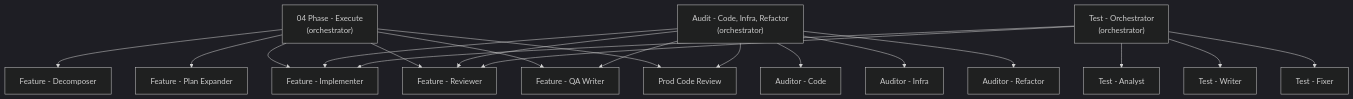
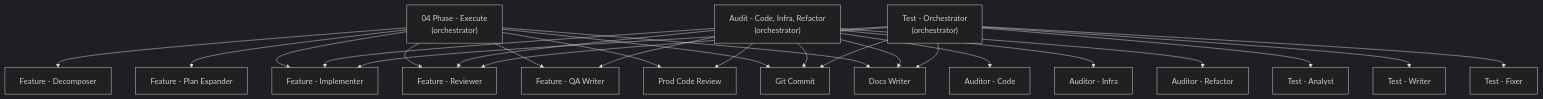
The third of 3 diagrams in docs/ARCHITECTURE.md (threnjen/thren-agentic-workflows), drawn with Mermaid (dark theme) before and after one commit. The commit also changed other lines of this file and 18 other files, not shown here.

````diff
--- a/docs/ARCHITECTURE.md
+++ b/docs/ARCHITECTURE.md
@@ -93,27 +95,36 @@
 ```mermaid
 flowchart TD
     PE["04 Phase - Execute\n(orchestrator)"]
     AO["Audit - Code, Infra, Refactor\n(orchestrator)"]
     TO["Test - Orchestrator\n(orchestrator)"]
+
+    GC[Git Commit]
+    DW[Docs Writer]
 
     PE --> FD[Feature - Decomposer]
     PE --> FPE[Feature - Plan Expander]
     PE --> FI[Feature - Implementer]
     PE --> FR[Feature - Reviewer]
     PE --> FQ[Feature - QA Writer]
     PE --> PR[Prod Code Review]
+    PE --> GC
+    PE --> DW
 
     AO --> AC[Auditor - Code]
     AO --> AI[Auditor - Infra]
     AO --> AR[Auditor - Refactor]
     AO --> FI
     AO --> FR
     AO --> FQ
     AO --> PR
+    AO --> GC
+    AO --> DW
 
     TO --> TA[Test - Analyst]
     TO --> TW[Test - Writer]
     TO --> TF[Test - Fixer]
     TO --> FI
     TO --> FR
+    TO --> GC
+    TO --> DW
 ```
````
